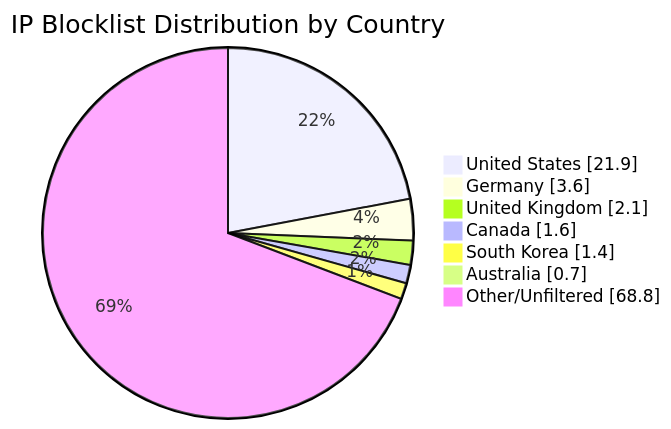
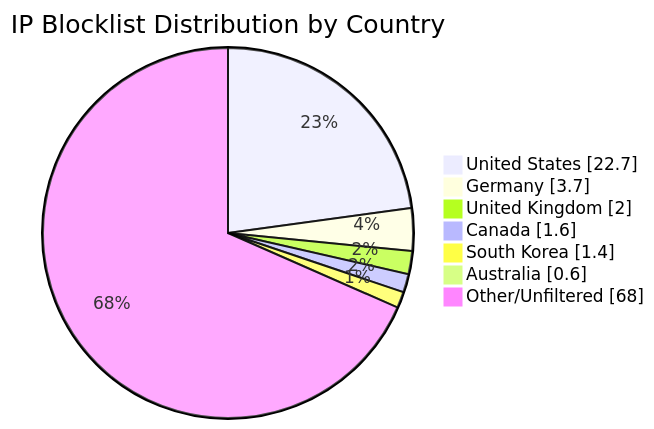
One commit to MarcusHoltz/ipblocklist-geofiltered-aggregator changed the diagram in README.md. Above: the diagram before and after it, drawn with Mermaid. The commit also changed other lines of this file and 9 other files, not shown here.

````diff
--- a/README.md
+++ b/README.md
@@ -34,10 +34,10 @@
 ```mermaid
 pie showData title IP Blocklist Distribution by Country
-"United States" : 21.9
-"Germany" : 3.6
-"United Kingdom" : 2.1
+"United States" : 22.7
+"Germany" : 3.7
+"United Kingdom" : 2.0
 "Canada" : 1.6
 "South Korea" : 1.4
-"Australia" : 0.7
-"Other/Unfiltered" : 68.8
+"Australia" : 0.6
+"Other/Unfiltered" : 68.0
 ```
````
